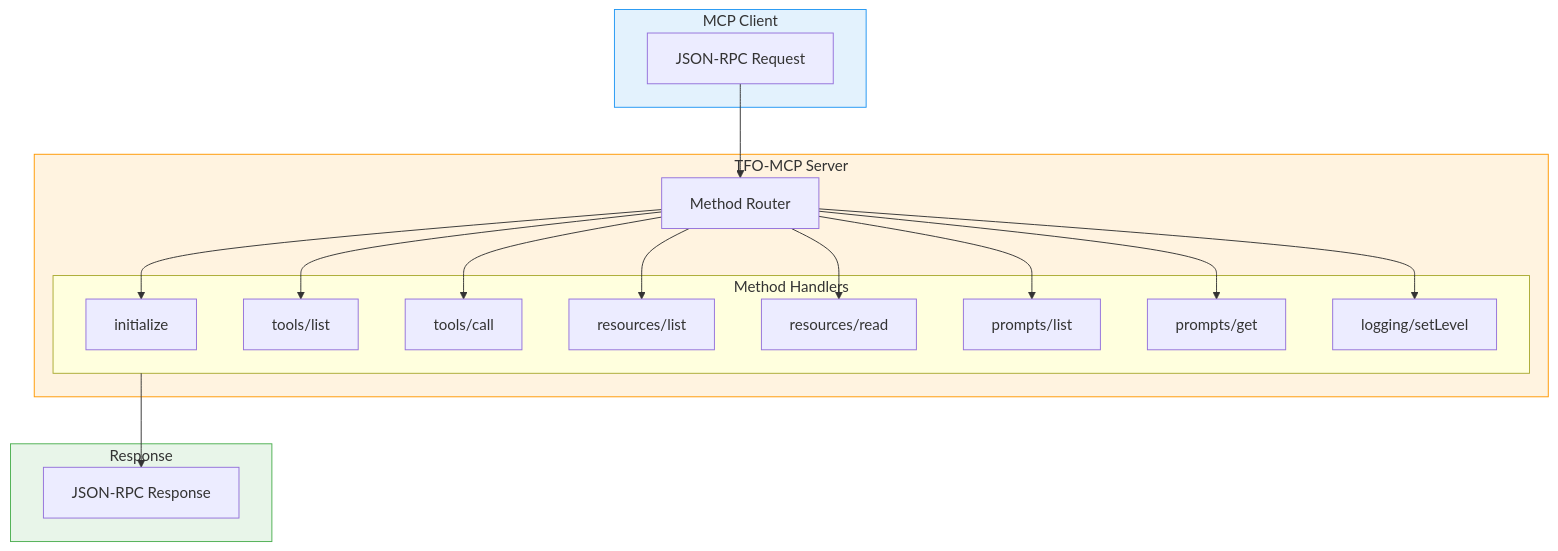
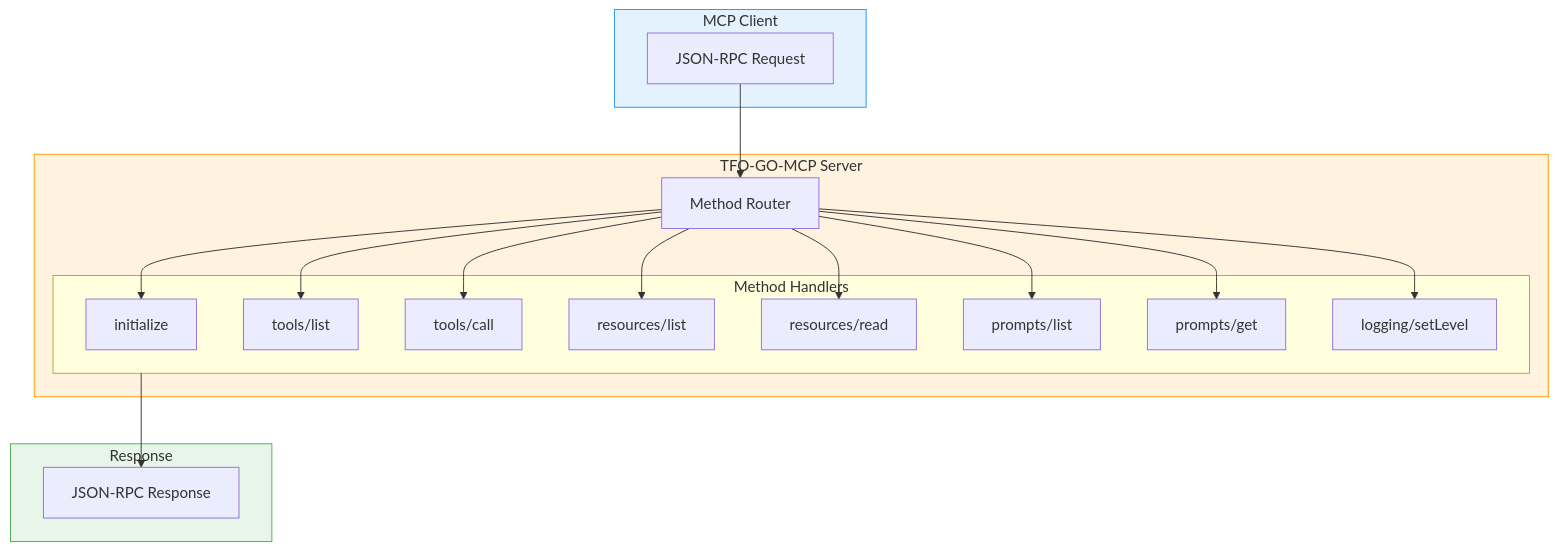
Before and after one commit to telemetryflow/telemetryflow-mcp: the fifth of 15 diagrams in docs/COMMANDS.md, drawn with Mermaid. The commit also changed other lines of this file and 81 other files, not shown here.

Commit message:
fix: Refactoring TFO-MCP to TFO-GO-MCP

````diff
--- a/docs/COMMANDS.md
+++ b/docs/COMMANDS.md
@@ -193,33 +193,33 @@
 ```mermaid
 flowchart TB
     subgraph Client["MCP Client"]
         REQ["JSON-RPC Request"]
     end
 
-    subgraph Server["TFO-MCP Server"]
+    subgraph Server["TFO-GO-MCP Server"]
         ROUTER["Method Router"]
 
         subgraph Handlers["Method Handlers"]
             H1["initialize"]
             H2["tools/list"]
             H3["tools/call"]
             H4["resources/list"]
             H5["resources/read"]
             H6["prompts/list"]
             H7["prompts/get"]
             H8["logging/setLevel"]
         end
     end
 
     subgraph Response["Response"]
         RES["JSON-RPC Response"]
     end
 
     REQ --> ROUTER
     ROUTER --> H1 & H2 & H3 & H4 & H5 & H6 & H7 & H8
     Handlers --> RES
 
     style Client fill:#e3f2fd,stroke:#2196f3
     style Server fill:#fff3e0,stroke:#ff9800
     style Response fill:#e8f5e9,stroke:#4caf50
 ```
````
